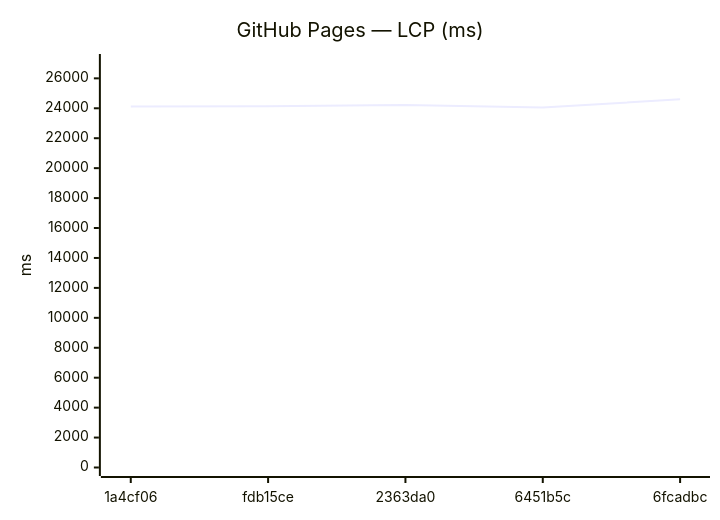
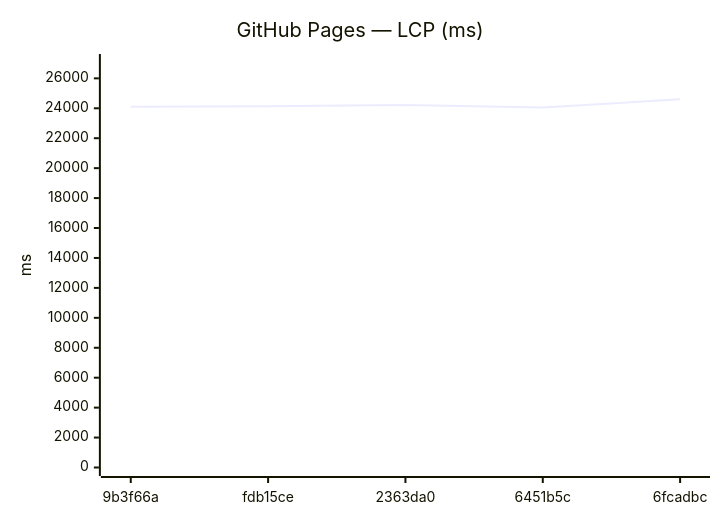
One commit to Metaheurist/Rianell changed the seventh of 12 diagrams in benchmarks/compare.md. Above: the diagram before and after it, drawn with Mermaid. The commit also changed other lines of this file and 8 other files, not shown here.

````diff
--- a/benchmarks/compare.md
+++ b/benchmarks/compare.md
@@ -107,7 +107,7 @@
 ```mermaid
 xychart-beta
     title "GitHub Pages — LCP (ms)"
-    x-axis ["1a4cf06", "fdb15ce", "2363da0", "6451b5c", "6fcadbc"]
+    x-axis ["9b3f66a", "fdb15ce", "2363da0", "6451b5c", "6fcadbc"]
     y-axis "ms" 0 --> 27059
-    line [24125, 24144, 24218, 24056, 24599]
+    line [24100, 24144, 24218, 24056, 24599]
 ```
````
